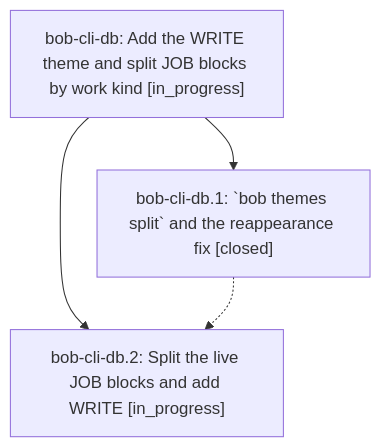
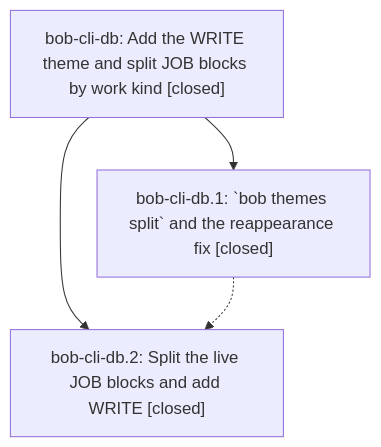
The diagram in pages/bob-cli-db/README.md (bobs-org/bob-cli--beads), drawn with Mermaid before and after one commit. The commit also changed other lines of this file and 2 other files, not shown here.

First line of the commit message:
chore(beads): sync bead state and pages for bob-cli-db

````diff
--- a/pages/bob-cli-db/README.md
+++ b/pages/bob-cli-db/README.md
@@ -35,9 +49,9 @@
 ```mermaid
 flowchart TD
-    n0["bob-cli-db: Add the WRITE theme and split JOB blocks by work kind [in_progress]"]
+    n0["bob-cli-db: Add the WRITE theme and split JOB blocks by work kind [closed]"]
     n1["bob-cli-db.1: `bob themes split` and the reappearance fix [closed]"]
-    n2["bob-cli-db.2: Split the live JOB blocks and add WRITE [in_progress]"]
+    n2["bob-cli-db.2: Split the live JOB blocks and add WRITE [closed]"]
     n0 --> n1
     n0 --> n2
     n1 -.-> n2
 ```
````
